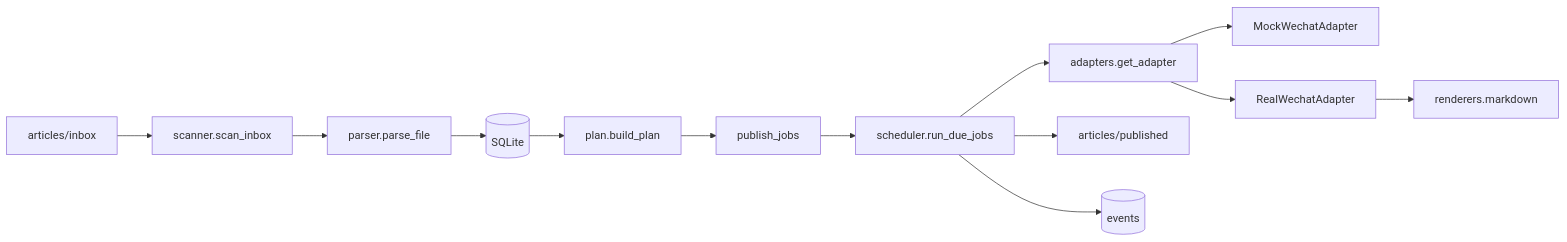
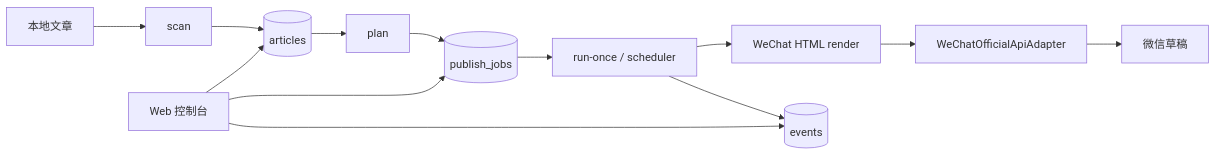
One commit to alalapi-0/wechat-article-scheduler changed the diagram in docs/architecture.md. Above: the diagram before and after it, drawn with Mermaid. The commit also changed other lines of this file and 80 other files, not shown here.

````diff
--- a/docs/architecture.md
+++ b/docs/architecture.md
@@ -5,15 +11,15 @@
 ```mermaid
 flowchart LR
-  inbox[articles/inbox] --> scan[scanner.scan_inbox]
-  scan --> parser[parser.parse_file]
-  parser --> db[(SQLite)]
-  db --> plan[plan.build_plan]
-  plan --> jobs[publish_jobs]
-  jobs --> run[scheduler.run_due_jobs]
-  run --> adapter[adapters.get_adapter]
-  adapter --> mock[MockWechatAdapter]
-  adapter --> real[RealWechatAdapter]
-  real --> renderer[renderers.markdown]
-  run --> published[articles/published]
+  source[本地文章] --> scan[scan]
+  scan --> articles[(articles)]
+  articles --> plan[plan]
+  plan --> jobs[(publish_jobs)]
+  jobs --> run[run-once / scheduler]
+  run --> render[WeChat HTML render]
+  render --> adapter[WeChatOfficialApiAdapter]
+  adapter --> draft[微信草稿]
   run --> events[(events)]
+  web[Web 控制台] --> articles
+  web --> jobs
+  web --> events
 ```
````
